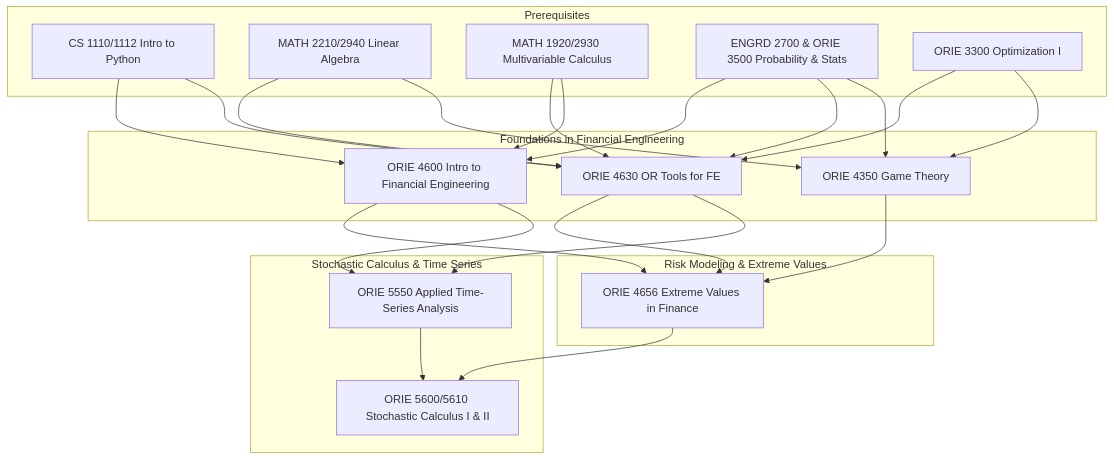
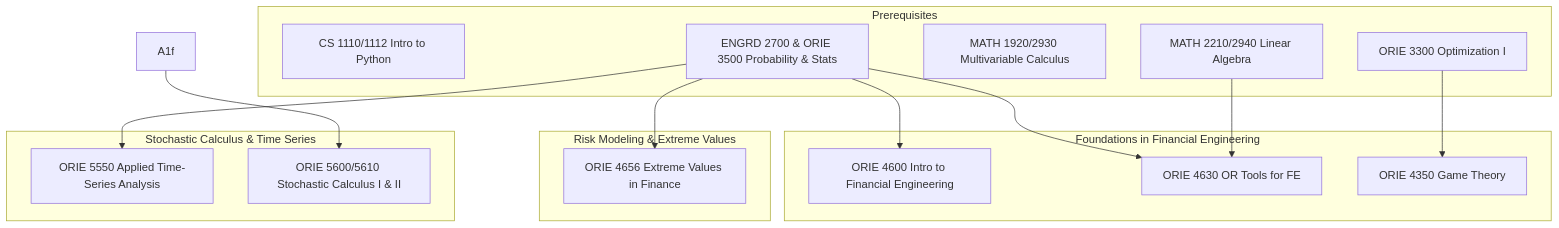
One commit to jmyphn/engineering-wiki changed the diagram in oriefineng.md. Above: the diagram before and after it, drawn with Mermaid. The commit also changed 3 other files, not shown here.

Commit message:
flow chart updates

````diff
--- a/oriefineng.md
+++ b/oriefineng.md
@@ -14,53 +14,40 @@
 ```mermaid
 flowchart TD
 
   %% ===== PREREQS =====
   subgraph A1[Prerequisites]
     A1a[CS 1110/1112 Intro to Python]
     A1b[MATH 2210/2940 Linear Algebra]
     A1c[MATH 1920/2930 Multivariable Calculus]
     A1d[ENGRD 2700 & ORIE 3500 Probability & Stats]
     A1e[ORIE 3300 Optimization I]
   end
 
   %% ===== FOUNDATIONS =====
   subgraph B1[Foundations in Financial Engineering]
     B1a[ORIE 4600 Intro to Financial Engineering]
     B1b[ORIE 4630 OR Tools for FE]
     B1c[ORIE 4350 Game Theory]
   end
 
   %% ===== RISK & EXTREME EVENTS =====
   subgraph C1[Risk Modeling & Extreme Values]
     C1a[ORIE 4656 Extreme Values in Finance]
   end
 
   %% ===== ADVANCED STOCHASTIC MODELING =====
   subgraph D1[Stochastic Calculus & Time Series]
     D1a[ORIE 5550 Applied Time-Series Analysis]
     D1b[ORIE 5600/5610 Stochastic Calculus I & II]
   end
 
   %% ===== LINKS =====
-  A1a --> B1a
-  A1a --> B1b
-  A1b --> B1b
-  A1b --> B1c
-  A1c --> B1b
-  A1c --> B1a
   A1d --> B1a
   A1d --> B1b
-  A1d --> B1c
-  A1e --> B1b
+  A1b --> B1b
   A1e --> B1c
-
-  B1a --> C1a
-  B1b --> C1a
-  B1c --> C1a
-
-  B1a --> D1a
-  B1b --> D1a
-  C1a --> D1b
-  D1a --> D1b
+  A1d --> C1a
+  A1d --> D1a
+  A1f --> D1b
 
 ```
````
